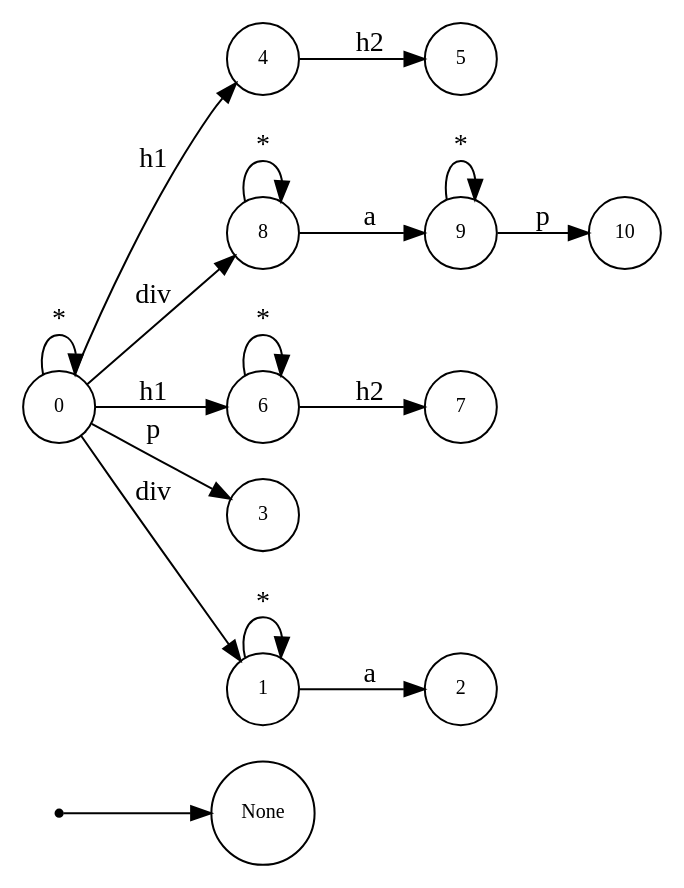
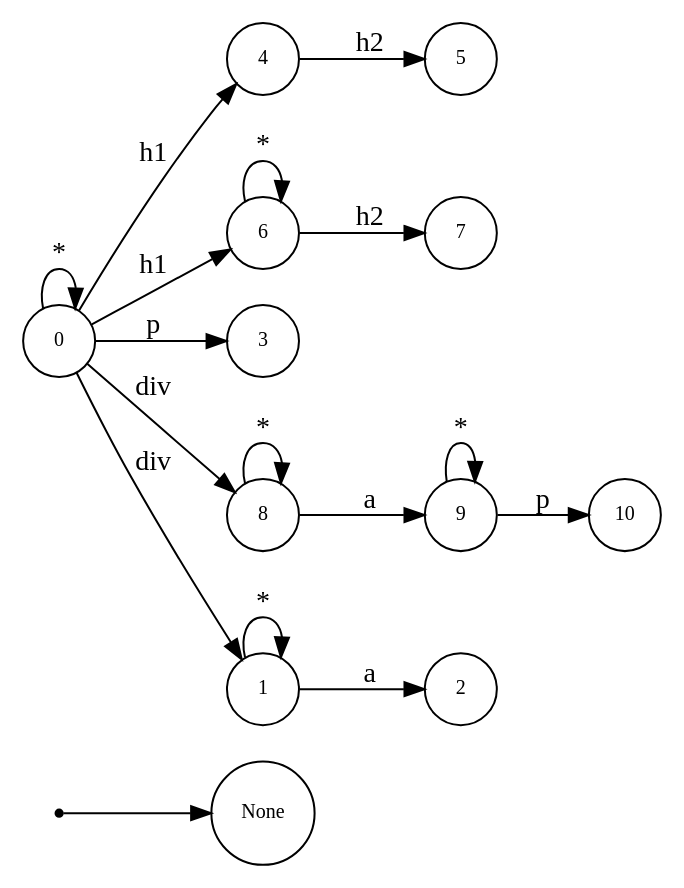
Before and after one commit to asukaminato0721/css-bitvector-compiler: the diagram in dot.dot, drawn with Graphviz. The commit also changed other lines of this file and 56 other files, not shown here.

```diff
--- a/dot.dot
+++ b/dot.dot
@@ -1,33 +1,33 @@
 digraph NFA {
   rankdir=LR;
   node [shape=circle, fontsize=10];
   __start [shape=point, label=""];
   __start -> None;
   4 [label="4"];
+  0 [label="0"];
+  6 [label="6"];
+  5 [label="5"];
+  3 [label="3"];
+  7 [label="7"];
+  8 [label="8"];
+  9 [label="9"];
   2 [label="2"];
-  0 [label="0"];
-  8 [label="8"];
-  7 [label="7"];
-  6 [label="6"];
-  3 [label="3"];
-  9 [label="9"];
   10 [label="10"];
   1 [label="1"];
-  5 [label="5"];
   { node [shape=doublecircle]; 2 3 5 7 10 }
   0 -> 0 [label="*"];
   0 -> 1 [label="div"];
   1 -> 1 [label="*"];
   1 -> 2 [label="a"];
   0 -> 3 [label="p"];
   0 -> 4 [label="h1"];
   4 -> 5 [label="h2"];
   0 -> 6 [label="h1"];
   6 -> 6 [label="*"];
   6 -> 7 [label="h2"];
   0 -> 8 [label="div"];
   8 -> 8 [label="*"];
   8 -> 9 [label="a"];
   9 -> 9 [label="*"];
   9 -> 10 [label="p"];
 }
```
